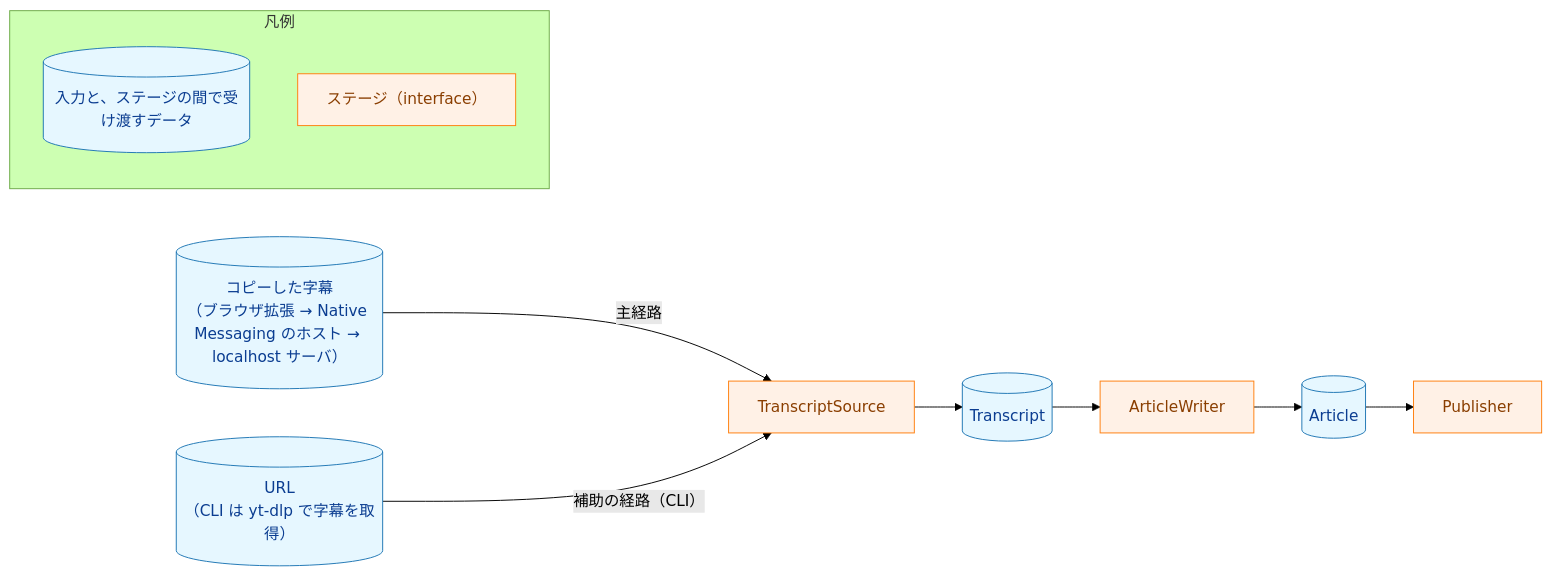
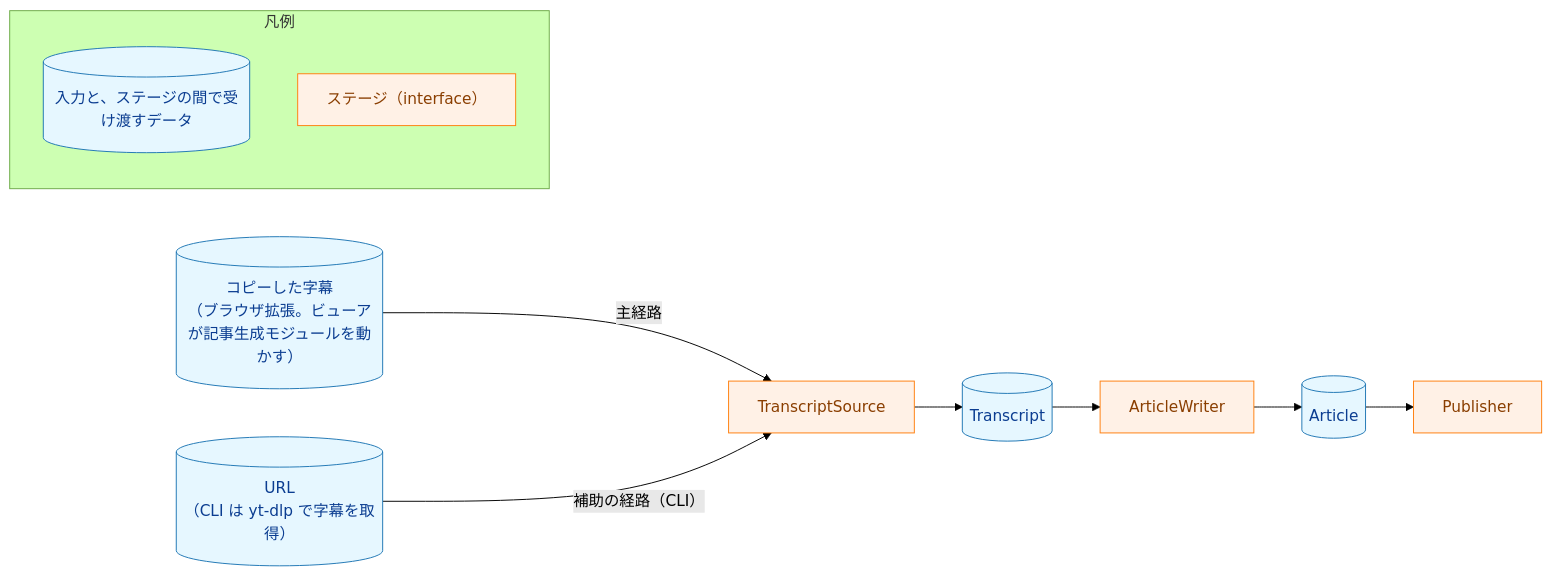
Before and after one commit to isseis/yt2column: the diagram in docs/dev/project_overview.md, drawn with Mermaid (forest theme). The commit also changed other lines of this file and 109 other files, not shown here.

````diff
--- a/docs/dev/project_overview.md
+++ b/docs/dev/project_overview.md
@@ -20,27 +20,27 @@
 ```mermaid
 flowchart LR
     classDef data fill:#e6f7ff,stroke:#1f77b4,stroke-width:1px,color:#0b3d91;
     classDef process fill:#fff1e6,stroke:#ff7f0e,stroke-width:1px,color:#8a3e00;
 
-    COPIED[("コピーした字幕<br>（ブラウザ拡張 → Native Messaging のホスト → localhost サーバ）")]
+    COPIED[("コピーした字幕<br>（ブラウザ拡張。ビューアが記事生成モジュールを動かす）")]
     YTDLP[("URL<br>（CLI は yt-dlp で字幕を取得）")]
     SRC["TranscriptSource"]
     TR[("Transcript")]
     WRITER["ArticleWriter"]
     ART[("Article")]
     PUB["Publisher"]
 
     COPIED -->|"主経路"| SRC
     YTDLP -->|"補助の経路（CLI）"| SRC
     SRC --> TR --> WRITER --> ART --> PUB
 
     class COPIED,YTDLP,TR,ART data
     class SRC,WRITER,PUB process
 
     subgraph Legend["凡例"]
         L1[("入力と、ステージの間で受け渡すデータ")]
         L2["ステージ（interface）"]
     end
     class L1 data
     class L2 process
 ```
````
